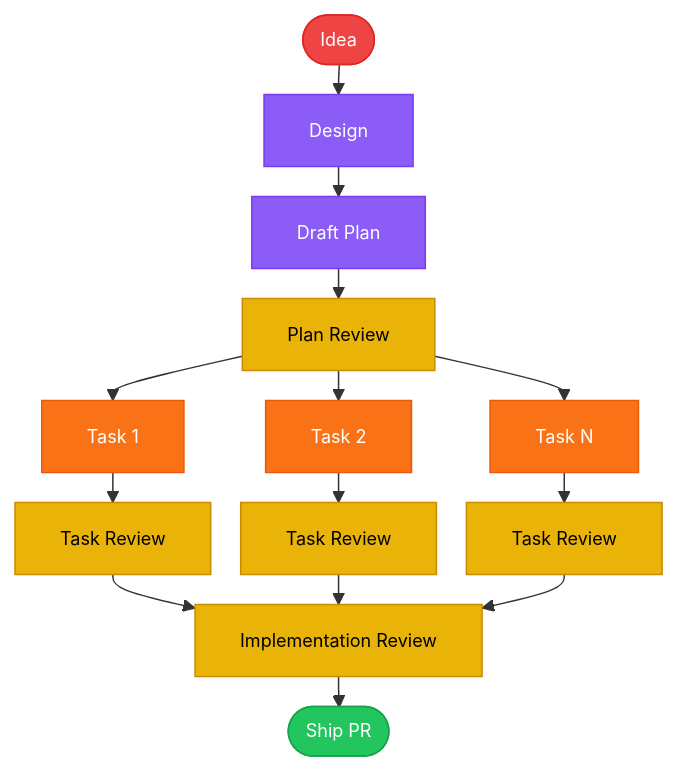
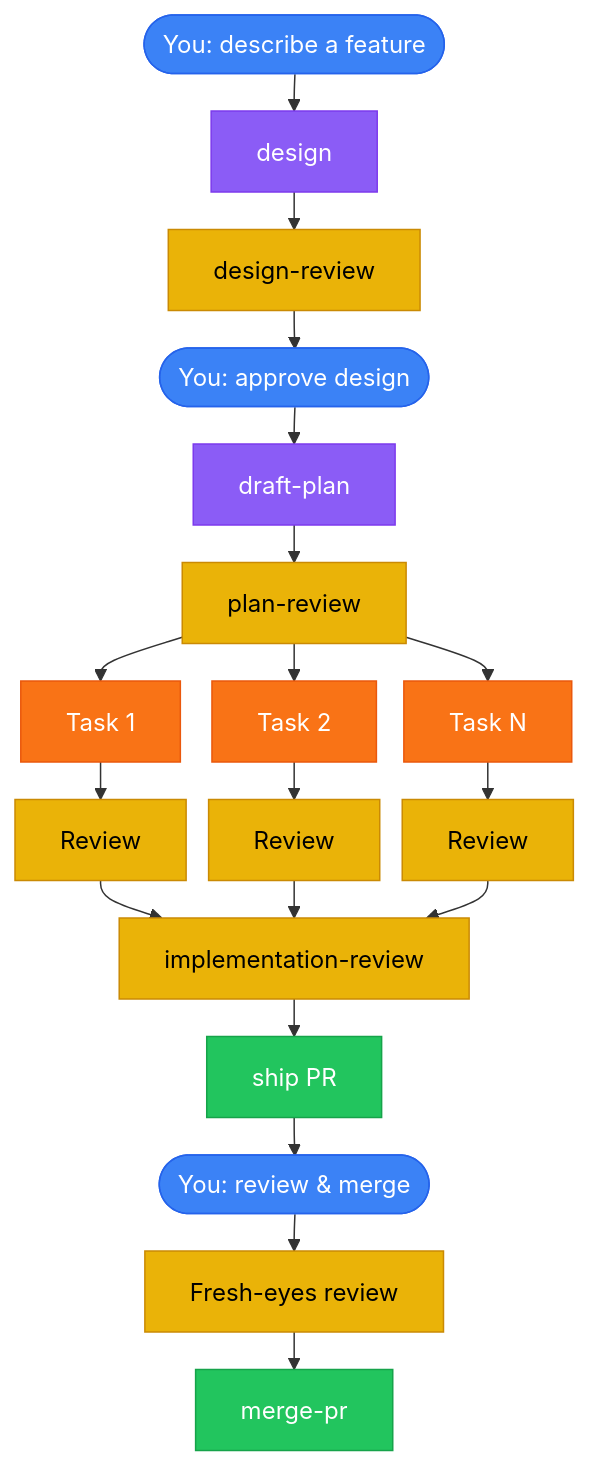
The diagram in README.md (Tapnetix/tcoder), drawn with Mermaid before and after one commit. The commit also changed other lines of this file and 1 other file, not shown here.

````diff
--- a/README.md
+++ b/README.md
@@ -21,31 +61,41 @@
 ```mermaid
-%%{init: {'flowchart': {'nodeSpacing': 20, 'rankSpacing': 20}, 'themeVariables': {'fontSize': '12px'}}}%%
+%%{init: {'flowchart': {'nodeSpacing': 15, 'rankSpacing': 25}}}%%
 flowchart TD
-    A([Idea]) --> B[Design]
-    B --> C[Draft Plan]
-    C --> D[Plan Review]
+    A([You: describe a feature]) --> B[design]
+    B --> BR[design-review]
+    BR --> C([You: approve design])
+    C --> D[draft-plan]
+    D --> DR[plan-review]
 
-    D --> T1[Task 1]
-    D --> T2[Task 2]
-    D --> TN[Task N]
+    DR --> T1[Task 1]
+    DR --> T2[Task 2]
+    DR --> TN[Task N]
 
-    T1 --> R1[Task Review]
-    T2 --> R2[Task Review]
-    TN --> RN[Task Review]
+    T1 --> R1[Review]
+    T2 --> R2[Review]
+    TN --> RN[Review]
 
-    R1 & R2 & RN --> IR[Implementation Review]
-    IR --> Ship([Ship PR])
+    R1 & R2 & RN --> IR[implementation-review]
+    IR --> S[ship PR]
+    S --> M([You: review & merge])
+    M --> MR[Fresh-eyes review]
+    MR --> MP[merge-pr]
 
-    style A    fill:#ef4444,stroke:#dc2626,color:#fff
+    style A    fill:#3b82f6,stroke:#2563eb,color:#fff
     style B    fill:#8b5cf6,stroke:#7c3aed,color:#fff
-    style C    fill:#8b5cf6,stroke:#7c3aed,color:#fff
-    style D    fill:#eab308,stroke:#ca8a04,color:#000
+    style BR   fill:#eab308,stroke:#ca8a04,color:#000
+    style C    fill:#3b82f6,stroke:#2563eb,color:#fff
+    style D    fill:#8b5cf6,stroke:#7c3aed,color:#fff
+    style DR   fill:#eab308,stroke:#ca8a04,color:#000
     style T1   fill:#f97316,stroke:#ea580c,color:#fff
     style T2   fill:#f97316,stroke:#ea580c,color:#fff
     style TN   fill:#f97316,stroke:#ea580c,color:#fff
     style R1   fill:#eab308,stroke:#ca8a04,color:#000
     style R2   fill:#eab308,stroke:#ca8a04,color:#000
     style RN   fill:#eab308,stroke:#ca8a04,color:#000
     style IR   fill:#eab308,stroke:#ca8a04,color:#000
-    style Ship fill:#22c55e,stroke:#16a34a,color:#fff
+    style S    fill:#22c55e,stroke:#16a34a,color:#fff
+    style M    fill:#3b82f6,stroke:#2563eb,color:#fff
+    style MR   fill:#eab308,stroke:#ca8a04,color:#000
+    style MP   fill:#22c55e,stroke:#16a34a,color:#fff
 ```
````
